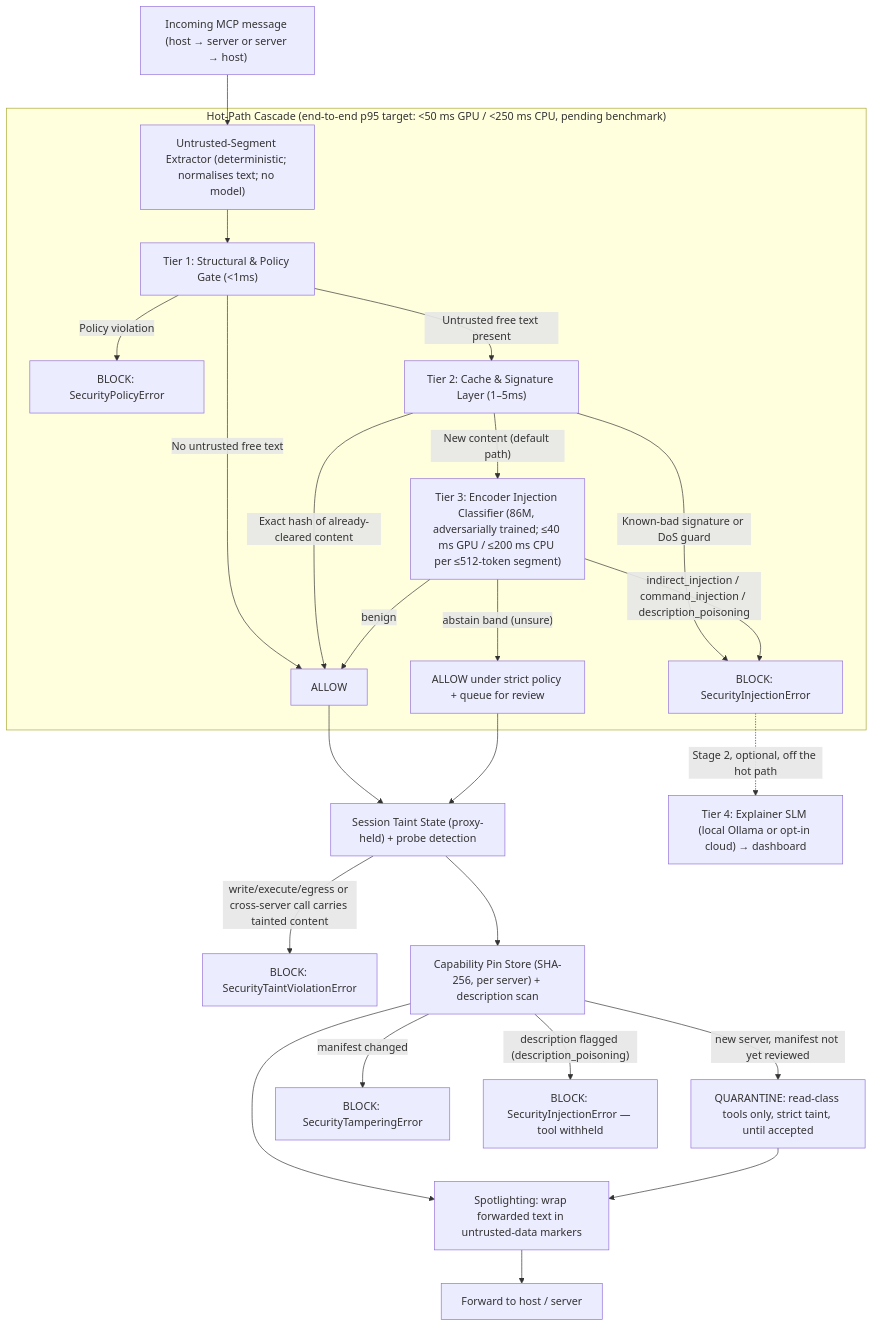
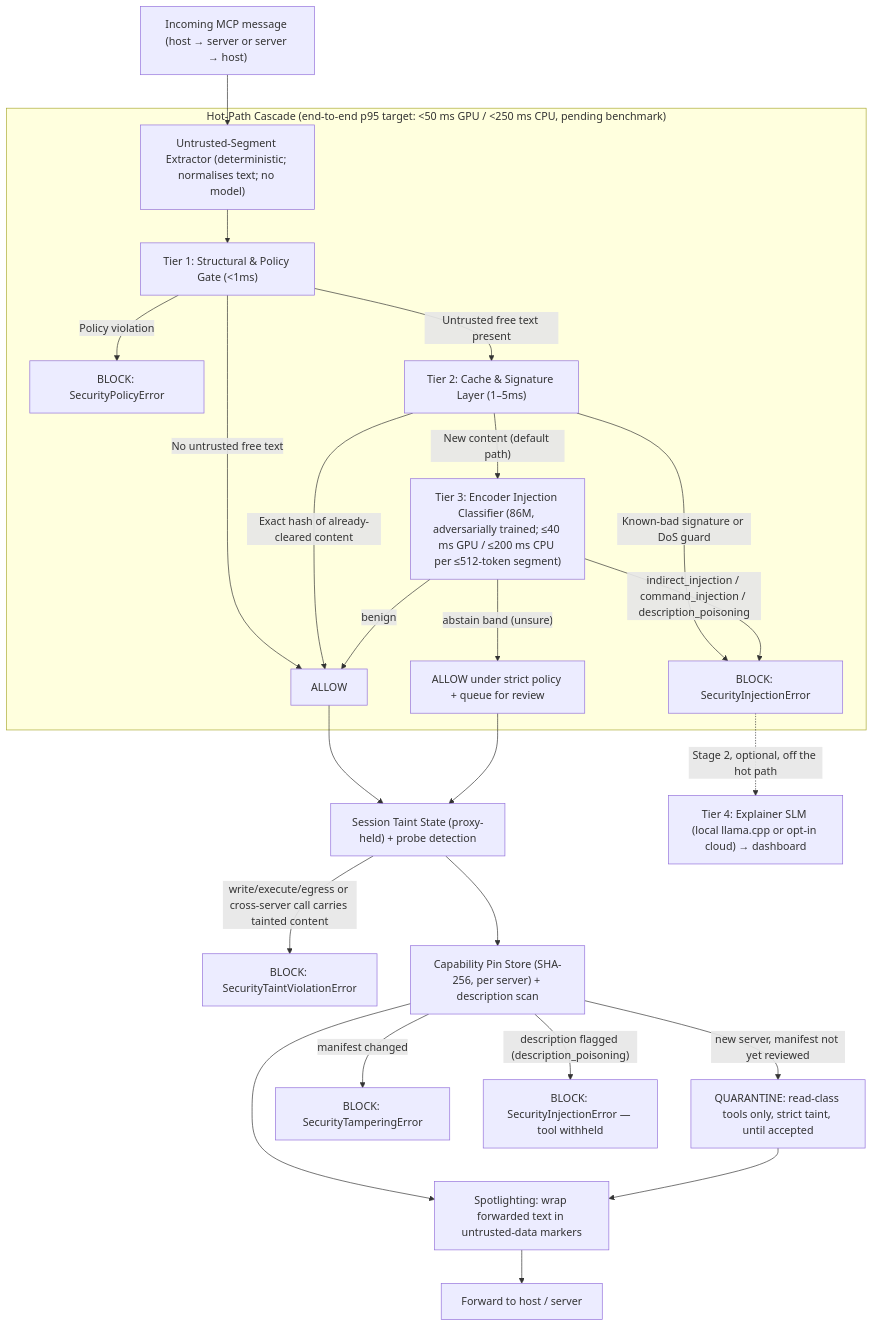
The second of 2 diagrams in 02 - System Architecture & Technical Implementation.md (rishikeshvarma/MCP-Shield), drawn with Mermaid before and after one commit. The commit also changed other lines of this file and 11 other files, not shown here.

````diff
--- a/02 - System Architecture & Technical Implementation.md
+++ b/02 - System Architecture & Technical Implementation.md
@@ -128,29 +128,29 @@
 ```mermaid
 graph TD
     In["Incoming MCP message (host → server or server → host)"] --> Ext["Untrusted-Segment Extractor (deterministic; normalises text; no model)"]
 
     subgraph Cascade["Hot-Path Cascade (end-to-end p95 target: <50 ms GPU / <250 ms CPU, pending benchmark)"]
         Ext --> T1["Tier 1: Structural & Policy Gate (<1ms)"]
         T1 -->|"Policy violation"| Deny1["BLOCK: SecurityPolicyError"]
         T1 -->|"No untrusted free text"| Pass
         T1 -->|"Untrusted free text present"| T2["Tier 2: Cache & Signature Layer (1–5ms)"]
         T2 -->|"Exact hash of already-cleared content"| Pass["ALLOW"]
         T2 -->|"Known-bad signature or DoS guard"| Deny2["BLOCK: SecurityInjectionError"]
         T2 -->|"New content (default path)"| T3["Tier 3: Encoder Injection Classifier (86M, adversarially trained; ≤40 ms GPU / ≤200 ms CPU per ≤512-token segment)"]
         T3 -->|"benign"| Pass
         T3 -->|"abstain band (unsure)"| Abst["ALLOW under strict policy + queue for review"]
         T3 -->|"indirect_injection / command_injection / description_poisoning"| Deny2
     end
 
     Pass --> Taint["Session Taint State (proxy-held) + probe detection"]
     Abst --> Taint
     Taint -->|"write/execute/egress or cross-server call carries tainted content"| Deny3["BLOCK: SecurityTaintViolationError"]
     Taint --> Pin["Capability Pin Store (SHA-256, per server) + description scan"]
     Pin -->|"new server, manifest not yet reviewed"| Quar["QUARANTINE: read-class tools only, strict taint, until accepted"]
     Pin -->|"manifest changed"| Deny4["BLOCK: SecurityTamperingError"]
     Pin -->|"description flagged (description_poisoning)"| Deny5["BLOCK: SecurityInjectionError — tool withheld"]
     Pin --> Spot["Spotlighting: wrap forwarded text in untrusted-data markers"]
     Quar --> Spot
     Spot --> Out["Forward to host / server"]
-    Deny2 -.->|"Stage 2, optional, off the hot path"| T4["Tier 4: Explainer SLM (local Ollama or opt-in cloud) → dashboard"]
+    Deny2 -.->|"Stage 2, optional, off the hot path"| T4["Tier 4: Explainer SLM (local llama.cpp or opt-in cloud) → dashboard"]
 ```
````
